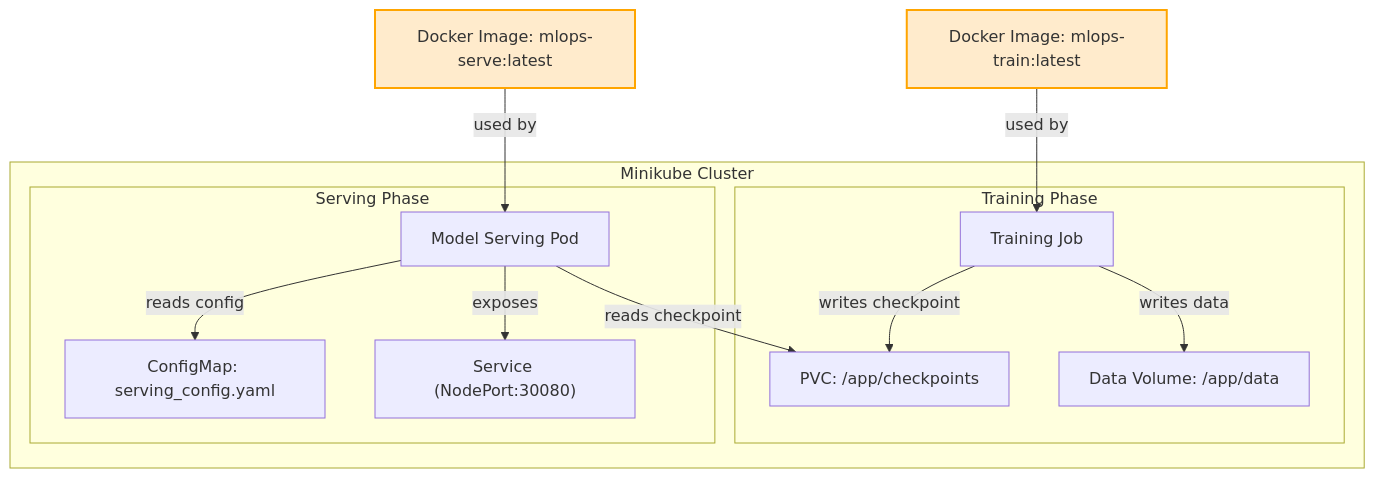
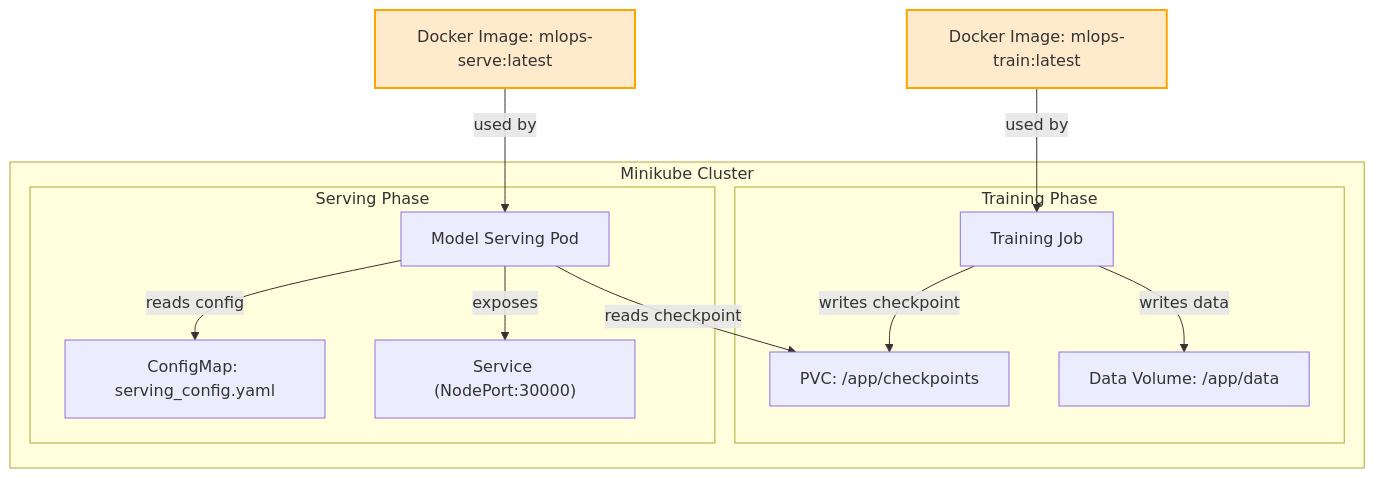
One commit to Dphilomath/mlops-pytorch-pipeline changed the diagram in README.md. Above: the diagram before and after it, drawn with Mermaid. The commit also changed 2 other files, not shown here.

Commit message:
update nodeport to 30000

````diff
--- a/README.md
+++ b/README.md
@@ -6,18 +6,18 @@
 ```mermaid
 flowchart TD
     subgraph Cluster[Minikube Cluster]
         subgraph Training[Training Phase]
             T[Training Job] -->|writes checkpoint| PVC[PVC: /app/checkpoints]
             T -->|writes data| DataVol[Data Volume: /app/data]
         end
         subgraph Serving[Serving Phase]
             S[Model Serving Pod] -->|reads checkpoint| PVC
             S -->|reads config| CM[ConfigMap: serving_config.yaml]
-            S -->|exposes| Service["Service (NodePort:30080)"]
+            S -->|exposes| Service["Service (NodePort:30000)"]
         end
     end
     DockerImageTrain[Docker Image: mlops-train:latest] -->|used by| T
     DockerImageServe[Docker Image: mlops-serve:latest] -->|used by| S
     classDef orange fill:#ffebcc,stroke:#ffa500,stroke-width:2px;
     class DockerImageTrain,DockerImageServe orange;
 ```
````
